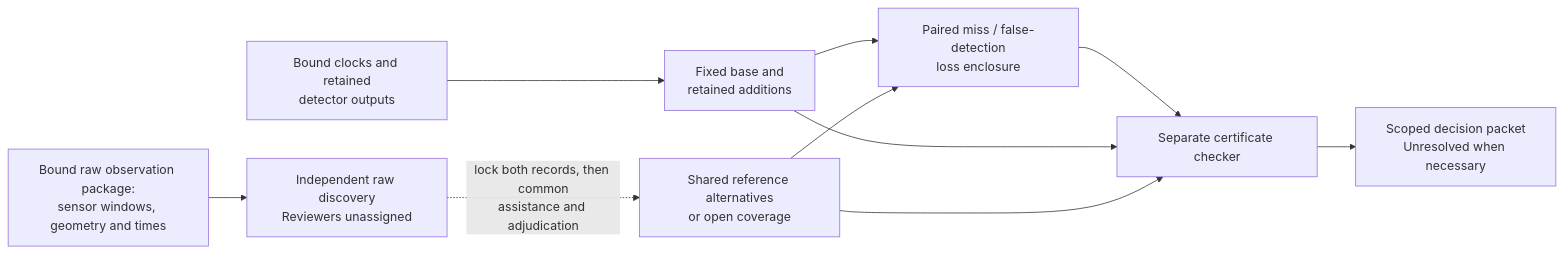
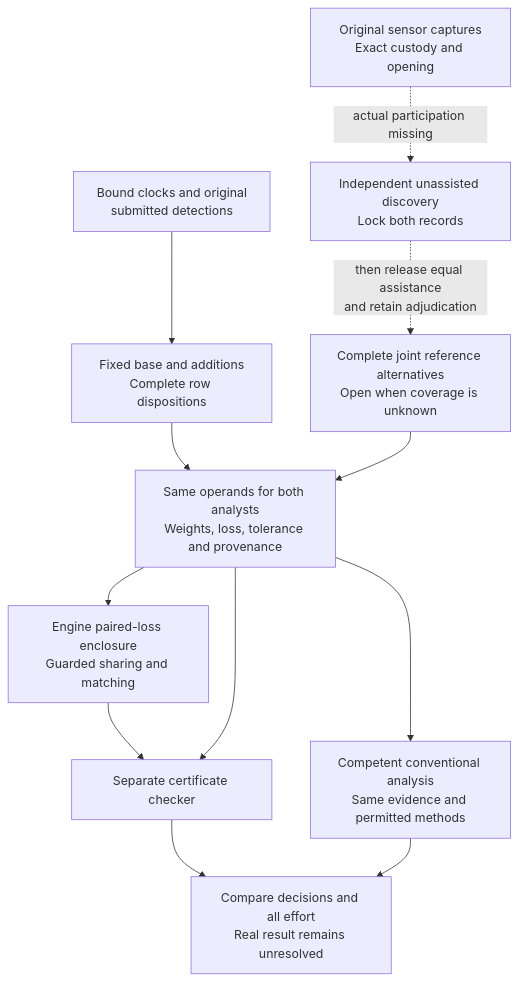
The fifth of 7 diagrams in README.md (manfromnowhere143/reiyah), drawn with Mermaid before and after one commit. The commit also changed other lines of this file and 9 other files, not shown here.

First line of the commit message:
Preserve original prediction rows and clarify current evidence

````diff
--- a/README.md
+++ b/README.md
@@ -177,12 +201,14 @@
 ```mermaid
-flowchart LR
-  S["Bound clocks and retained<br/>detector outputs"] --> N["Fixed base and<br/>retained additions"]
-  R["Bound raw observation package:<br/>sensor windows, geometry and times"] --> H["Independent raw discovery<br/>Reviewers unassigned"]
-  H -. "lock both records, then common<br/>assistance and adjudication" .-> W["Shared reference alternatives<br/>or open coverage"]
-  N --> K["Paired miss / false-detection<br/>loss enclosure"]
-  W --> K
+flowchart TB
+  S["Bound clocks and original<br/>submitted detections"] --> N["Fixed base and additions<br/>Complete row dispositions"]
+  R["Original sensor captures<br/>Exact custody and opening"] -. "actual participation missing" .-> H["Independent unassisted discovery<br/>Lock both records"]
+  H -. "then release equal assistance<br/>and retain adjudication" .-> W["Complete joint reference alternatives<br/>Open when coverage is unknown"]
+  N --> O["Same operands for both analysts<br/>Weights, loss, tolerance and provenance"]
+  W --> O
+  O --> K["Engine paired-loss enclosure<br/>Guarded sharing and matching"]
+  O --> C["Competent conventional analysis<br/>Same evidence and permitted methods"]
   K --> V["Separate certificate checker"]
-  N --> V
-  W --> V
-  V --> P["Scoped decision packet<br/>Unresolved when necessary"]
+  O --> V
+  V --> P["Compare decisions and all effort<br/>Real result remains unresolved"]
+  C --> P
 ```
````
